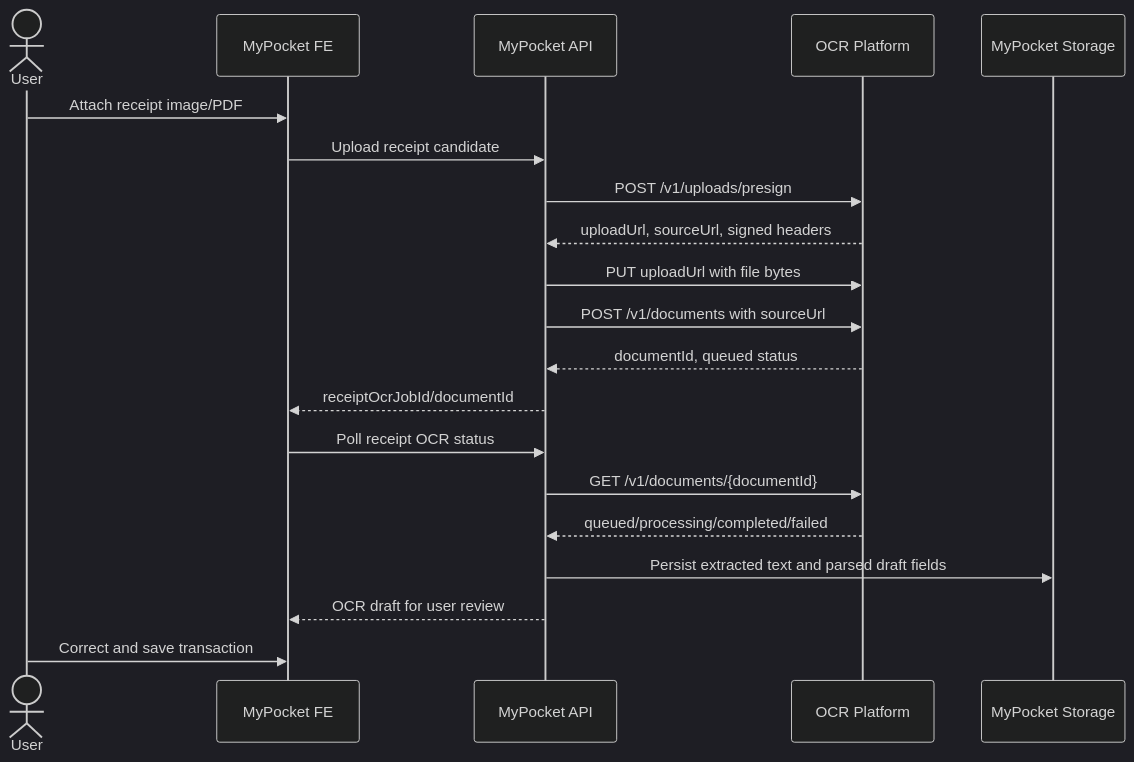
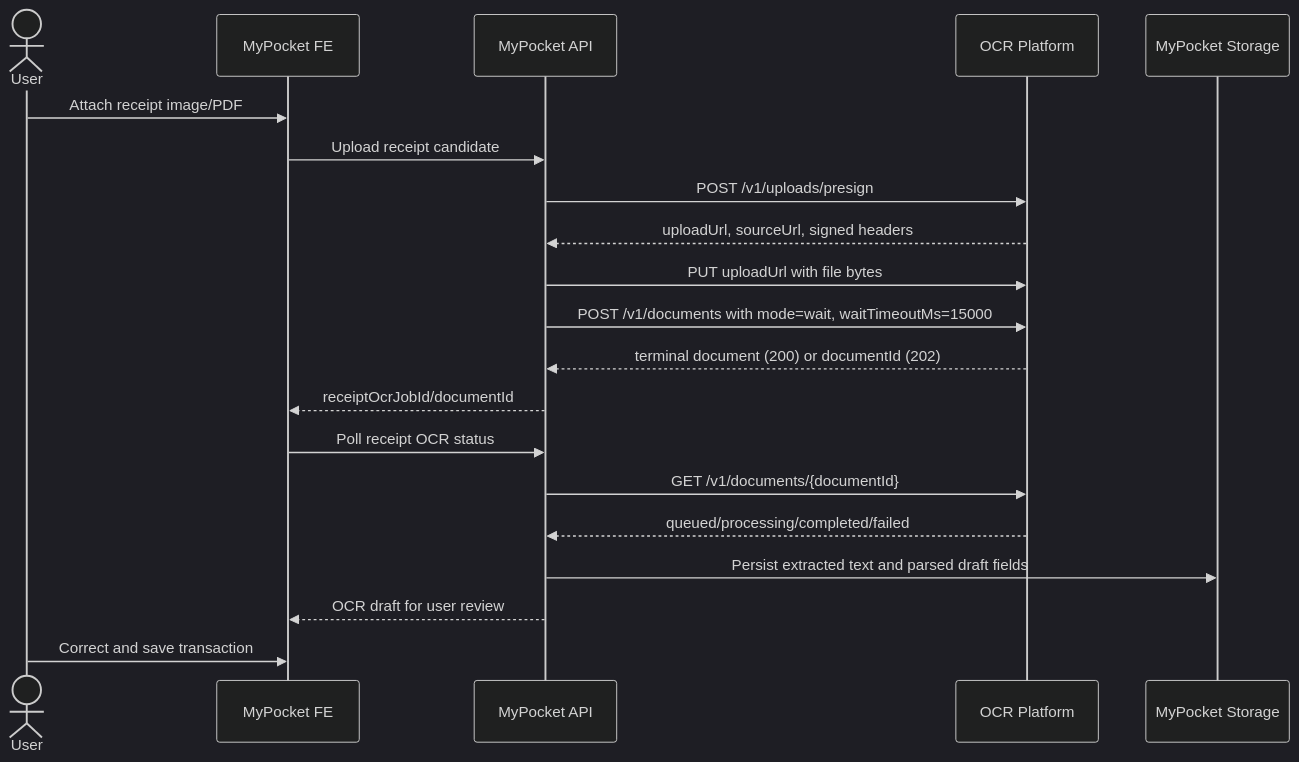
One commit to dungxbuif/MyPocket changed the diagram in docs/architecture/OCR_API.md. Above: the diagram before and after it, drawn with Mermaid (dark theme). The commit also changed other lines of this file and 4 other files, not shown here.

Commit message:
feat(ai): integrate OCR bounded wait mode

````diff
--- a/docs/architecture/OCR_API.md
+++ b/docs/architecture/OCR_API.md
@@ -97,23 +97,23 @@
 ```mermaid
 sequenceDiagram
     actor User
     participant FE as MyPocket FE
     participant API as MyPocket API
     participant OCR as OCR Platform
     participant Store as MyPocket Storage
 
     User->>FE: Attach receipt image/PDF
     FE->>API: Upload receipt candidate
     API->>OCR: POST /v1/uploads/presign
     OCR-->>API: uploadUrl, sourceUrl, signed headers
     API->>OCR: PUT uploadUrl with file bytes
-    API->>OCR: POST /v1/documents with sourceUrl
-    OCR-->>API: documentId, queued status
+    API->>OCR: POST /v1/documents with mode=wait, waitTimeoutMs=15000
+    OCR-->>API: terminal document (200) or documentId (202)
     API-->>FE: receiptOcrJobId/documentId
     FE->>API: Poll receipt OCR status
     API->>OCR: GET /v1/documents/{documentId}
     OCR-->>API: queued/processing/completed/failed
     API->>Store: Persist extracted text and parsed draft fields
     API-->>FE: OCR draft for user review
     User->>FE: Correct and save transaction
 ```
````
